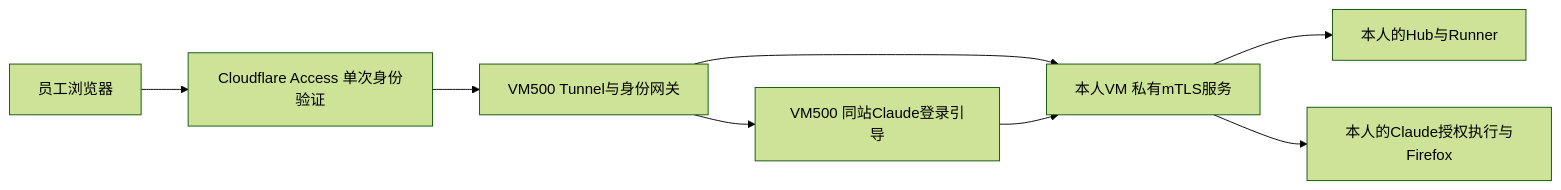
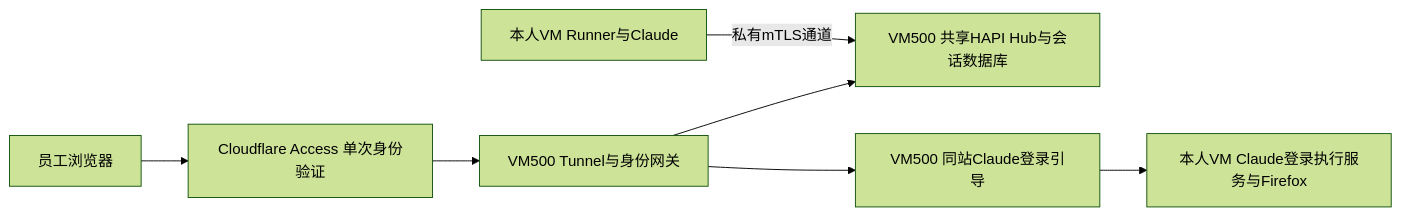
Before and after one commit to blue126/IaC: the diagram in docs/guides/hapi-unified-entry.md, drawn with Mermaid (forest theme). The commit also changed other lines of this file and 19 other files, not shown here.

````diff
--- a/docs/guides/hapi-unified-entry.md
+++ b/docs/guides/hapi-unified-entry.md
@@ -7,10 +7,9 @@
 ```mermaid
 flowchart LR
     U[员工浏览器] --> C[Cloudflare Access 单次身份验证]
     C --> T[VM500 Tunnel与身份网关]
+    T --> H[VM500 共享HAPI Hub与会话数据库]
     T --> P[VM500 同站Claude登录引导]
-    T --> B[本人VM 私有mTLS服务]
-    P --> B
-    B --> H[本人的Hub与Runner]
-    B --> A[本人的Claude授权执行与Firefox]
+    P --> A[本人VM Claude登录执行服务与Firefox]
+    R[本人VM Runner与Claude] -->|私有mTLS通道| H
 ```
````
